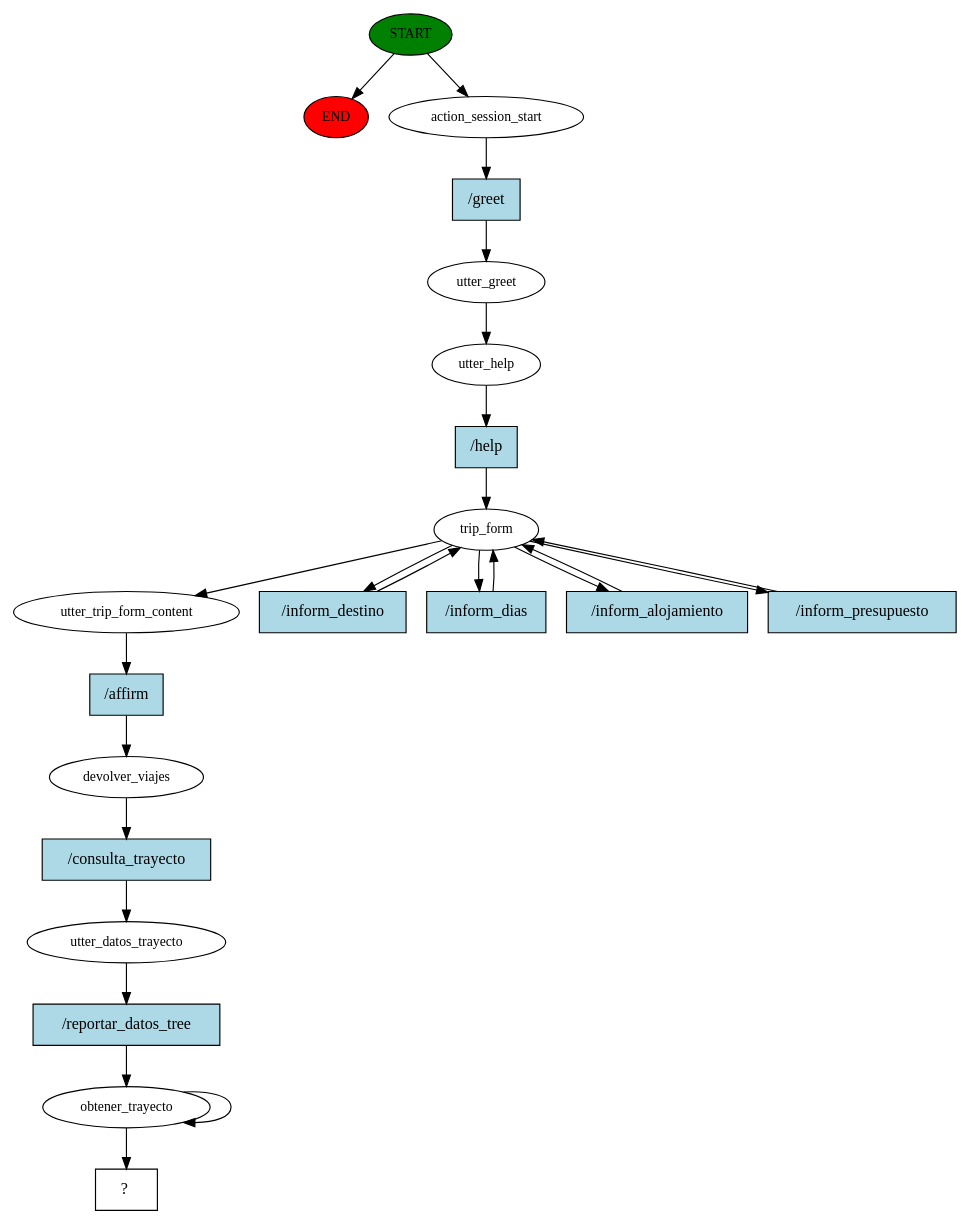
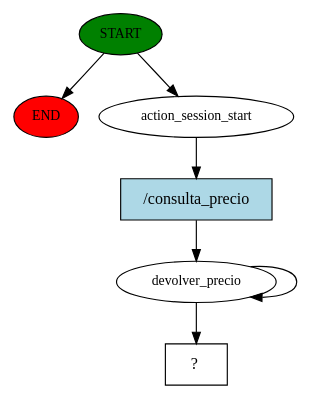
One commit to eliseovillaok/chatbot changed the diagram in story_graph.dot. Above: the diagram before and after it, drawn with Graphviz. The commit also changed 185 other files, not shown here.

Commit message:
feat: consulta_precio; fix: validations_form add: goodbye_name

```diff
--- a/story_graph.dot
+++ b/story_graph.dot
@@ -1,46 +1,14 @@
 digraph  {
 0 [class="start active", fillcolor=green, fontsize=12, label=START, style=filled];
 "-1" [class=end, fillcolor=red, fontsize=12, label=END, style=filled];
 1 [class=active, fontsize=12, label=action_session_start];
-2 [class=active, fontsize=12, label=utter_greet];
-3 [class=active, fontsize=12, label=utter_help];
-4 [class=active, fontsize=12, label=trip_form];
-9 [class=active, fontsize=12, label=utter_trip_form_content];
-10 [class=active, fontsize=12, label=devolver_viajes];
-11 [class=active, fontsize=12, label=utter_datos_trayecto];
-12 [class=active, fontsize=12, label=obtener_trayecto];
-14 [class="intent dashed active", label="  ?  ", shape=rect];
-15 [class="intent active", fillcolor=lightblue, label="/greet", shape=rect, style=filled];
-16 [class="intent active", fillcolor=lightblue, label="/help", shape=rect, style=filled];
-17 [class="intent active", fillcolor=lightblue, label="/inform_destino", shape=rect, style=filled];
-18 [class="intent active", fillcolor=lightblue, label="/inform_dias", shape=rect, style=filled];
-19 [class="intent active", fillcolor=lightblue, label="/inform_alojamiento", shape=rect, style=filled];
-20 [class="intent active", fillcolor=lightblue, label="/inform_presupuesto", shape=rect, style=filled];
-21 [class="intent active", fillcolor=lightblue, label="/affirm", shape=rect, style=filled];
-22 [class="intent active", fillcolor=lightblue, label="/consulta_trayecto", shape=rect, style=filled];
-23 [class="intent active", fillcolor=lightblue, label="/reportar_datos_tree", shape=rect, style=filled];
+2 [class=active, fontsize=12, label=devolver_precio];
+6 [class="intent dashed active", label="  ?  ", shape=rect];
+7 [class="intent active", fillcolor=lightblue, label="/consulta_precio", shape=rect, style=filled];
 0 -> "-1"  [class="", key=NONE, label=""];
 0 -> 1  [class=active, key=NONE, label=""];
-1 -> 15  [class=active, key=0];
-2 -> 3  [class=active, key=NONE, label=""];
-3 -> 16  [class=active, key=0];
-4 -> 9  [class=active, key=NONE, label=""];
-4 -> 17  [class=active, key=0];
-4 -> 18  [class=active, key=0];
-4 -> 19  [class=active, key=0];
-4 -> 20  [class=active, key=0];
-9 -> 21  [class=active, key=0];
-10 -> 22  [class=active, key=0];
-11 -> 23  [class=active, key=0];
-12 -> 14  [class=active, key=NONE, label=""];
-12 -> 12  [class=active, key=NONE, label=""];
-15 -> 2  [class=active, key=0];
-16 -> 4  [class=active, key=0];
-17 -> 4  [class=active, key=0];
-18 -> 4  [class=active, key=0];
-19 -> 4  [class=active, key=0];
-20 -> 4  [class=active, key=0];
-21 -> 10  [class=active, key=0];
-22 -> 11  [class=active, key=0];
-23 -> 12  [class=active, key=0];
+1 -> 7  [class=active, key=0];
+2 -> 2  [class=active, key=NONE, label=""];
+2 -> 6  [class=active, key=NONE, label=""];
+7 -> 2  [class=active, key=0];
 }
```
